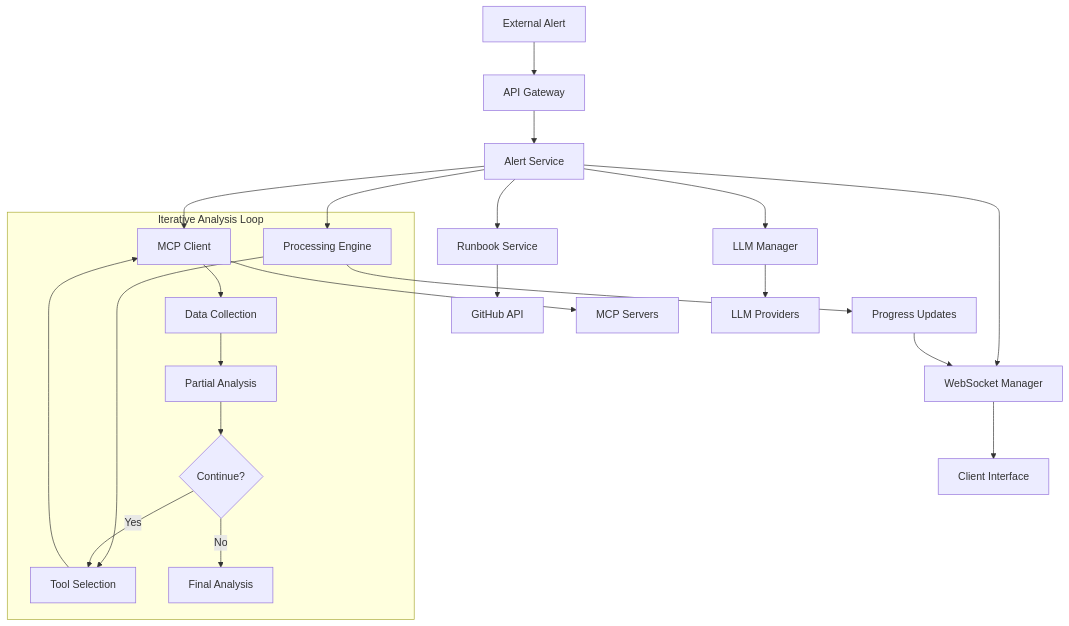
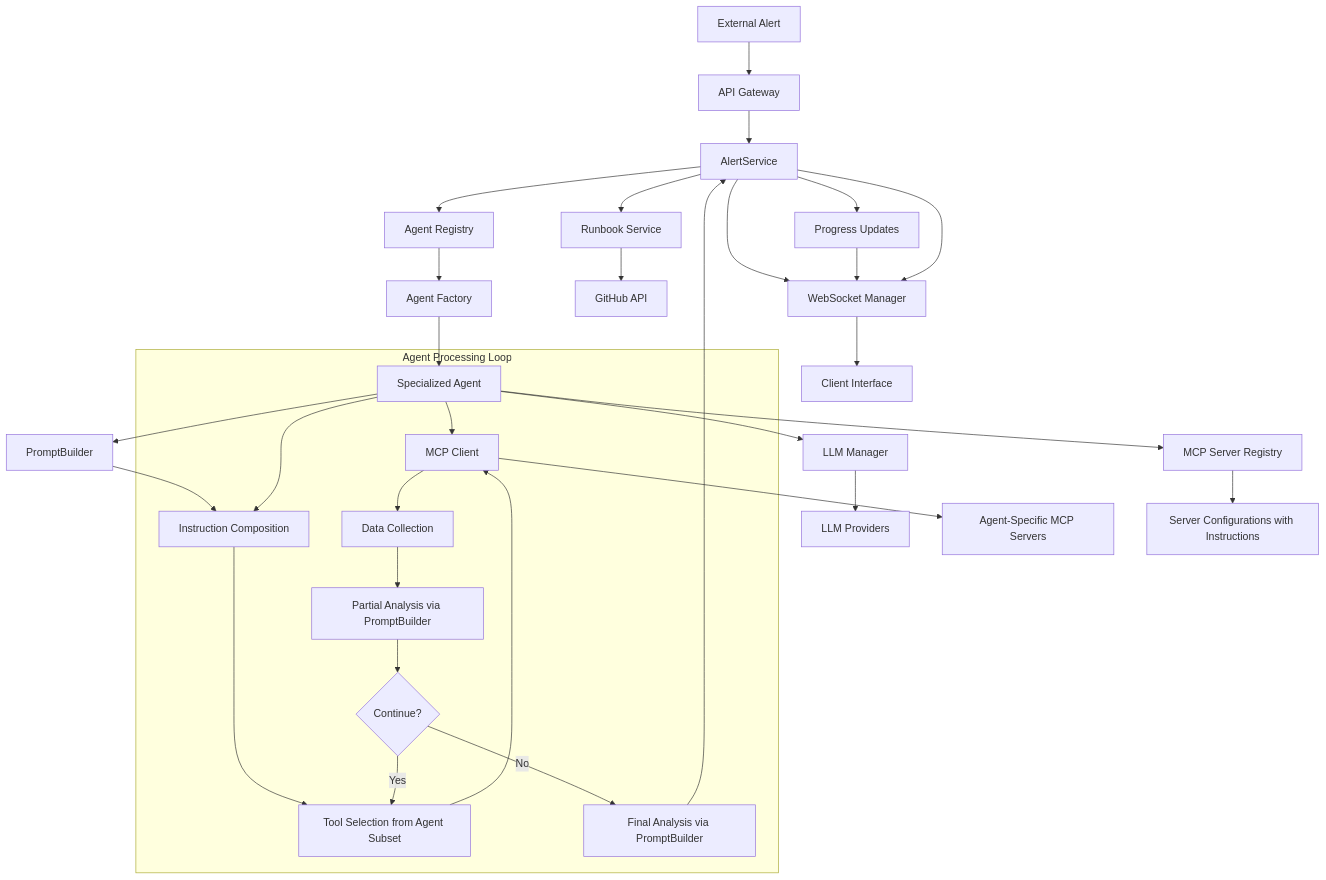
Before and after one commit to rsoaresd/tarsy-bot: the first of 2 diagrams in docs/design.md, drawn with Mermaid. The commit also changed other lines of this file and 30 other files, not shown here.

````diff
--- a/docs/design.md
+++ b/docs/design.md
@@ -114,30 +138,43 @@
 ```mermaid
 graph TD
     A[External Alert] --> B[API Gateway]
-    B --> C[Alert Service]
-    C --> D[WebSocket Manager]
-    D --> E[Client Interface]
+    B --> C[AlertService]
+    C --> D[Agent Registry]
+    D --> E[Agent Factory]
+    E --> F[Specialized Agent]
     
-    C --> F[Runbook Service]
-    F --> G[GitHub API]
+    C --> G[Runbook Service]
+    G --> H[GitHub API]
     
-    C --> H[MCP Client]
-    H --> I[MCP Servers]
+    C --> I[WebSocket Manager]
+    I --> J[Client Interface]
     
-    C --> J[LLM Manager]
-    J --> K[LLM Providers]
+    F --> K[LLM Manager]
+    K --> L[LLM Providers]
     
-    C --> L[Processing Engine]
-    L --> M[Progress Updates]
-    M --> D
+    F --> M[MCP Client]
+    M --> N[Agent-Specific MCP Servers]
     
-    subgraph "Iterative Analysis Loop"
-        L --> N[Tool Selection]
-        N --> H
-        H --> O[Data Collection]
-        O --> P[Partial Analysis]
-        P --> Q{Continue?}
-        Q -->|Yes| N
-        Q -->|No| R[Final Analysis]
+    F --> O[MCP Server Registry]
+    O --> P[Server Configurations with Instructions]
+    
+    F --> PB[PromptBuilder]
+    PB --> Q[Instruction Composition]
+    
+    C --> R[Progress Updates]
+    R --> I
+    
+    subgraph "Agent Processing Loop"
+        F --> Q
+        Q --> S[Tool Selection from Agent Subset]
+        S --> M
+        M --> T[Data Collection]
+        T --> U[Partial Analysis via PromptBuilder]
+        U --> V{Continue?}
+        V -->|Yes| S
+        V -->|No| W[Final Analysis via PromptBuilder]
     end
+    
+    W --> C
+    C --> I
 ```
````
